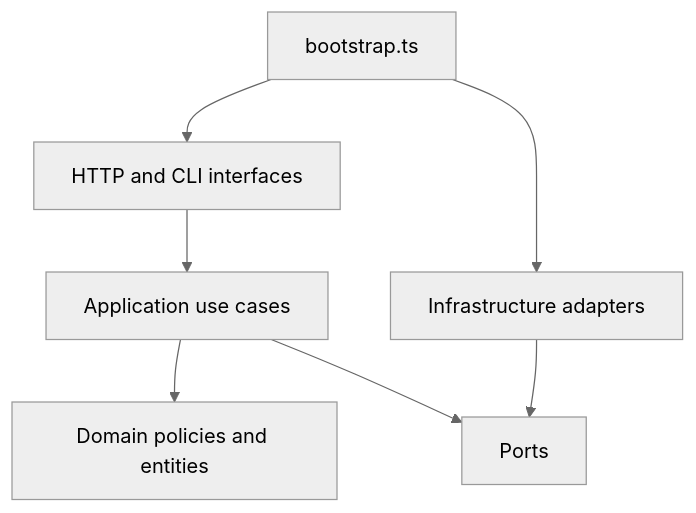
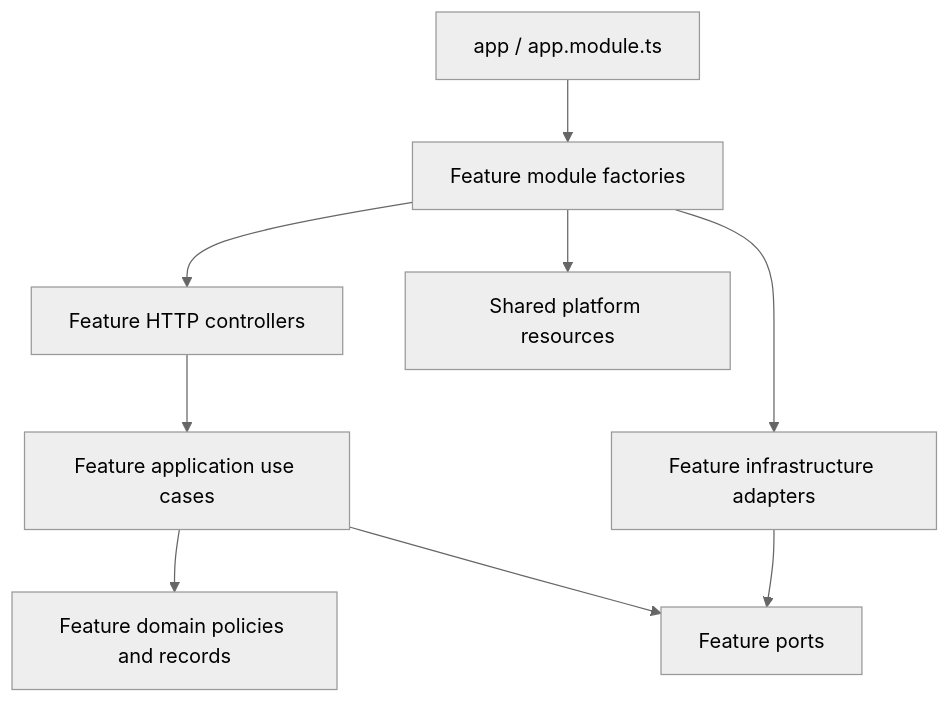
The fourth of 9 diagrams in docs/system-architecture.md (willianmesko/rag-study-mvp), drawn with Mermaid (neutral theme) before and after one commit. The commit also changed other lines of this file and 554 other files, not shown here.

````diff
--- a/docs/system-architecture.md
+++ b/docs/system-architecture.md
@@ -250,9 +255,11 @@
 ```mermaid
 flowchart TB
-  H[HTTP and CLI interfaces] --> UC[Application use cases]
-  UC --> D[Domain policies and entities]
-  UC --> Ports[Ports]
-  I[Infrastructure adapters] --> Ports
-  B[bootstrap.ts] --> H
-  B --> I
+  B[app / app.module.ts] --> Factory[Feature module factories]
+  Factory --> H[Feature HTTP controllers]
+  Factory --> I[Feature infrastructure adapters]
+  H --> UC[Feature application use cases]
+  UC --> D[Feature domain policies and records]
+  UC --> Ports[Feature ports]
+  I --> Ports
+  Factory --> Platform[Shared platform resources]
 ```
````
